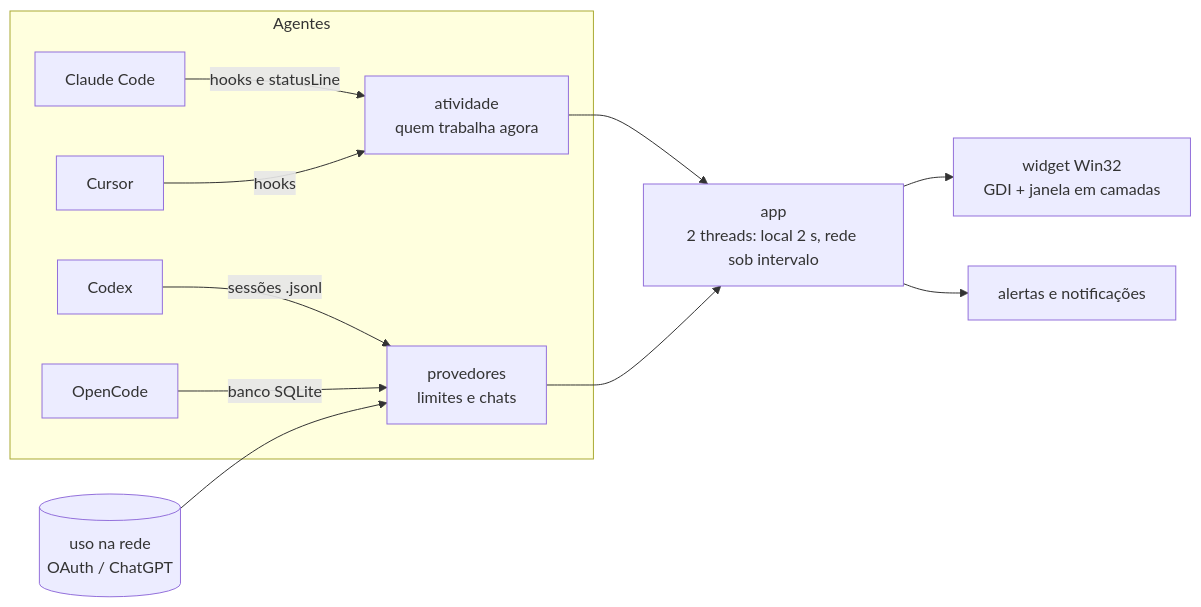
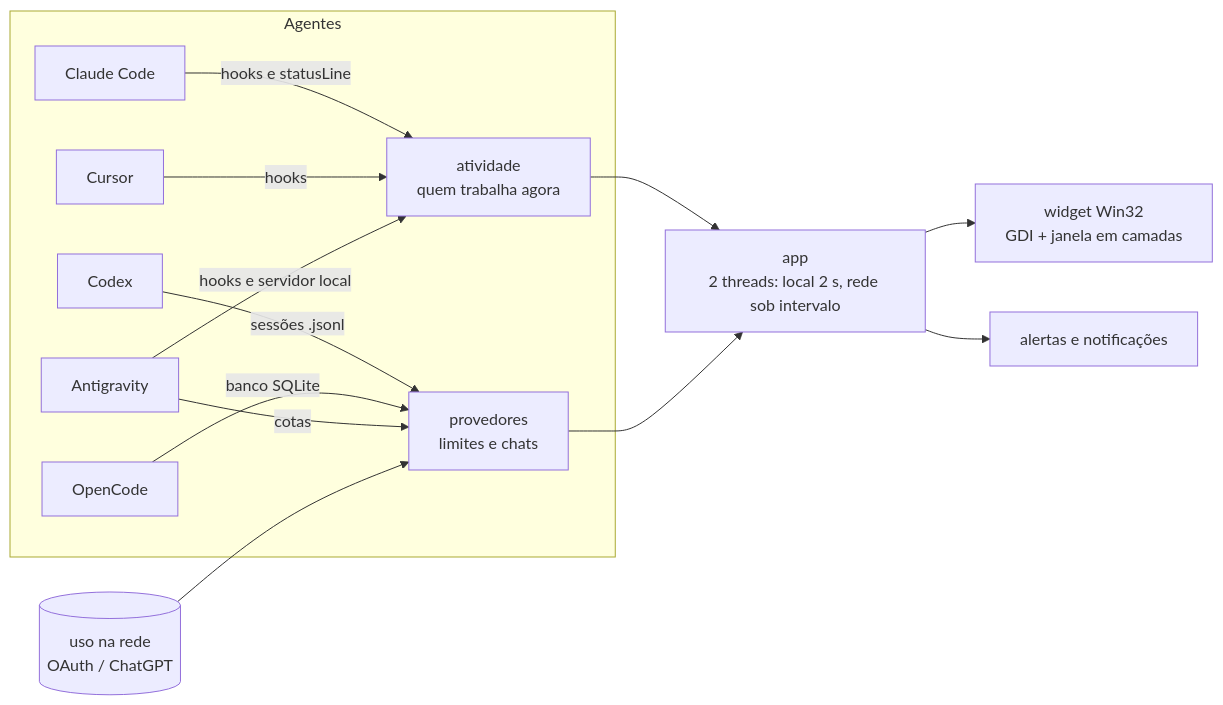
The diagram in README.md (Buloque/Line-Quota), drawn with Mermaid before and after one commit. The commit also changed other lines of this file and 14 other files, not shown here.

First line of the commit message:
Antigravity: atividade pelos hooks e as três cotas (Gemini, Claude/GPT semanal e 5 h)

````diff
--- a/README.md
+++ b/README.md
@@ -84,14 +85,16 @@
 ```mermaid
 flowchart LR
     subgraph Agentes
         CC[Claude Code] -- hooks e statusLine --> ACT
         CX[Codex] -- sessões .jsonl --> PRV
         OC[OpenCode] -- banco SQLite --> PRV
         CU[Cursor] -- hooks --> ACT
+        AG[Antigravity] -- hooks e servidor local --> ACT
+        AG -- cotas --> PRV
     end
     ACT[atividade<br/>quem trabalha agora] --> APP
     PRV[provedores<br/>limites e chats] --> APP
     NET[(uso na rede<br/>OAuth / ChatGPT)] --> PRV
     APP[app<br/>2 threads: local 2 s, rede sob intervalo] --> UI[widget Win32<br/>GDI + janela em camadas]
     APP --> N[alertas e notificações]
 ```
````
